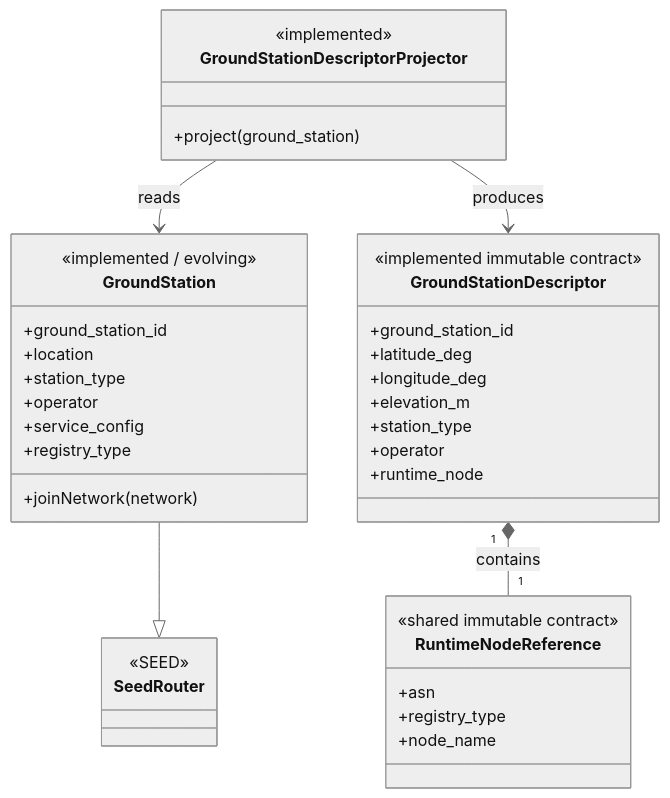
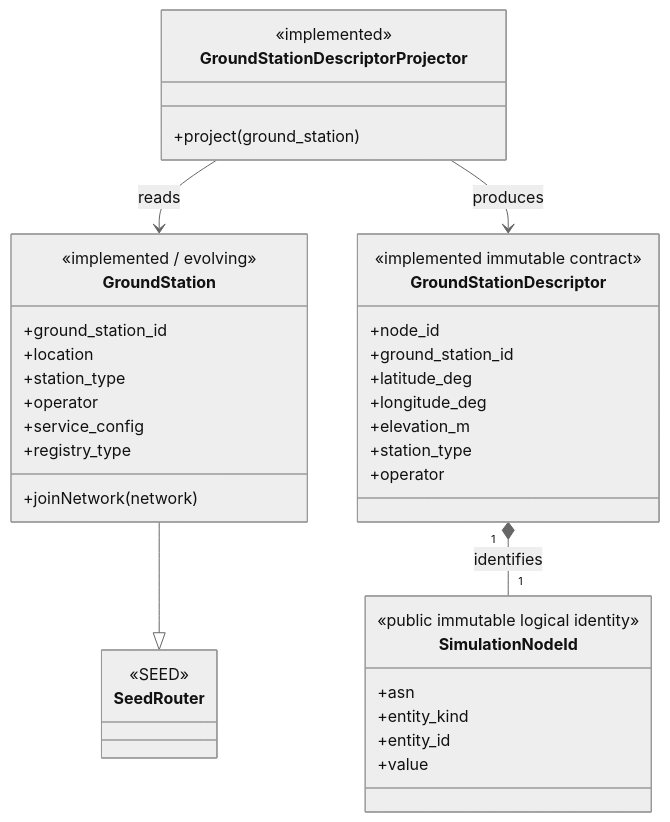
The seventh of 9 diagrams in skyseed_v2/docs/architecture/diagrams.md (seed-labs/skyseed), drawn with Mermaid (neutral theme) before and after one commit. The commit also changed other lines of this file and 27 other files, not shown here.

Commit message:
Replace runtime references with logical simulation IDs

````diff
--- a/skyseed_v2/docs/architecture/diagrams.md
+++ b/skyseed_v2/docs/architecture/diagrams.md
@@ -166,45 +166,46 @@
 ```mermaid
 classDiagram
     class GroundStation {
         <<implemented / evolving>>
         +ground_station_id
         +location
         +station_type
         +operator
         +service_config
         +registry_type
         +joinNetwork(network)
     }
 
     class SeedRouter {
         <<SEED>>
     }
 
     class GroundStationDescriptorProjector {
         <<implemented>>
         +project(ground_station)
     }
 
     class GroundStationDescriptor {
         <<implemented immutable contract>>
+        +node_id
         +ground_station_id
         +latitude_deg
         +longitude_deg
         +elevation_m
         +station_type
         +operator
-        +runtime_node
     }
 
-    class RuntimeNodeReference {
-        <<shared immutable contract>>
+    class SimulationNodeId {
+        <<public immutable logical identity>>
         +asn
-        +registry_type
-        +node_name
+        +entity_kind
+        +entity_id
+        +value
     }
 
     GroundStation --|> SeedRouter
     GroundStationDescriptorProjector --> GroundStation : reads
     GroundStationDescriptorProjector --> GroundStationDescriptor : produces
-    GroundStationDescriptor "1" *-- "1" RuntimeNodeReference : contains
+    GroundStationDescriptor "1" *-- "1" SimulationNodeId : identifies
 ```
````
